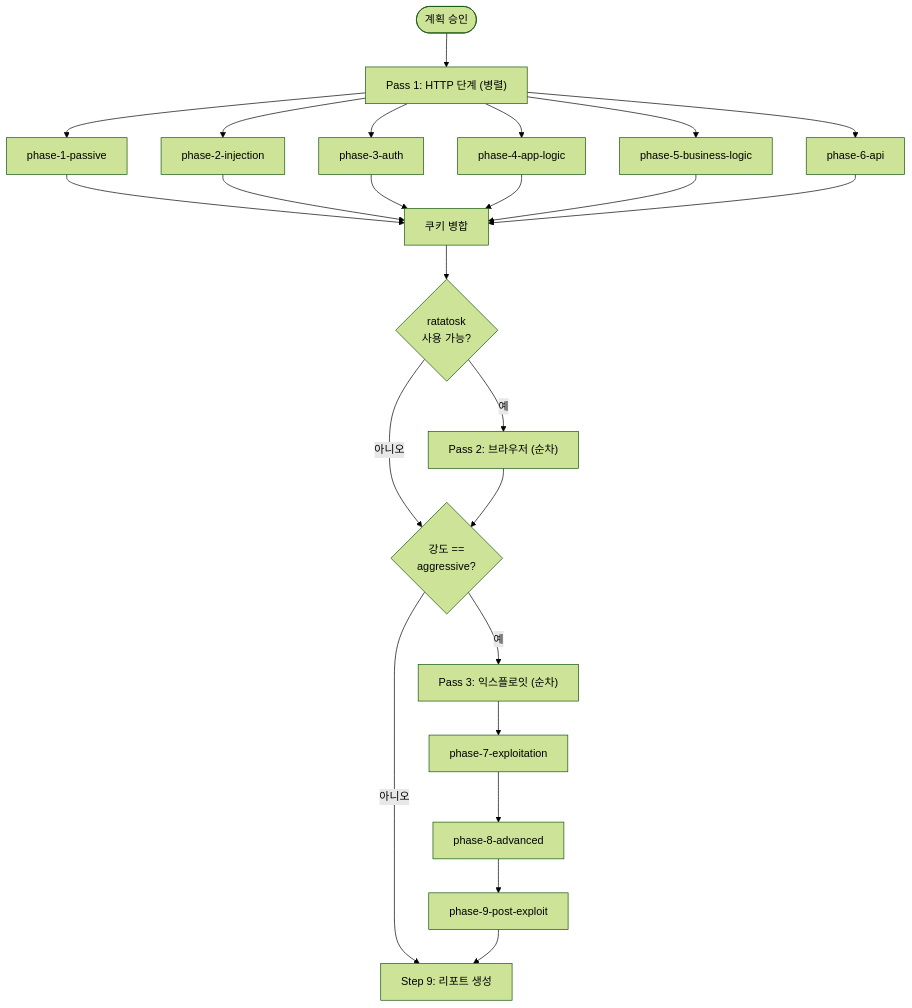
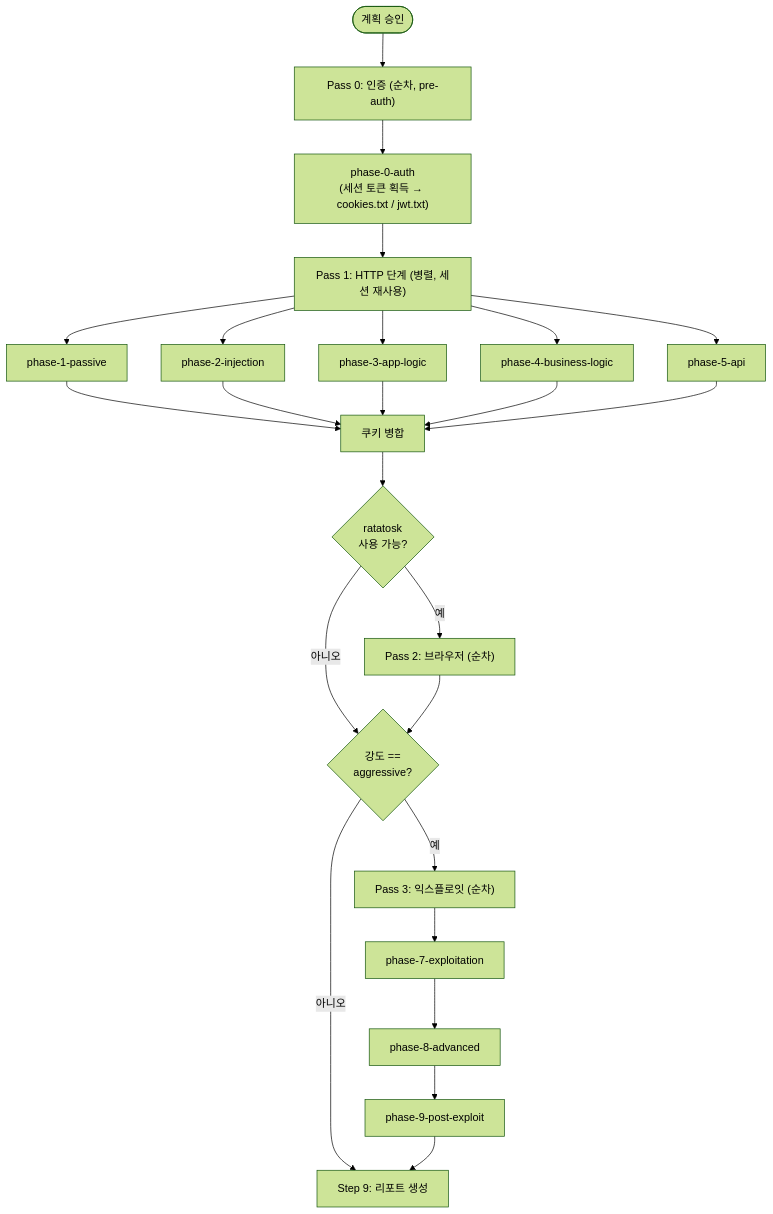
The tenth of 10 diagrams in design/hacksimulator.md (letsur-dev/vulcheck), drawn with Mermaid (forest theme) before and after one commit. The commit also changed other lines of this file and 9 other files, not shown here.

````diff
--- a/design/hacksimulator.md
+++ b/design/hacksimulator.md
@@ -581,31 +592,31 @@
 ```mermaid
 flowchart TD
-    Approved([계획 승인]) --> Pass1["Pass 1: HTTP 단계 (병렬)"]
+    Approved([계획 승인]) --> Pass0["Pass 0: 인증 (순차, pre-auth)"]
+    Pass0 --> P0auth["phase-0-auth<br>(세션 토큰 획득 → cookies.txt / jwt.txt)"]
+    P0auth --> Pass1["Pass 1: HTTP 단계 (병렬, 세션 재사용)"]
 
     Pass1 --> P1["phase-1-passive"]
     Pass1 --> P2["phase-2-injection"]
-    Pass1 --> P3["phase-3-auth"]
-    Pass1 --> P4["phase-4-app-logic"]
-    Pass1 --> P5["phase-5-business-logic"]
-    Pass1 --> P6["phase-6-api"]
+    Pass1 --> P3["phase-3-app-logic"]
+    Pass1 --> P4["phase-4-business-logic"]
+    Pass1 --> P5["phase-5-api"]
 
     P1 --> Merge["쿠키 병합"]
     P2 --> Merge
     P3 --> Merge
     P4 --> Merge
     P5 --> Merge
-    P6 --> Merge
 
     Merge --> HasRatatosk{"ratatosk<br>사용 가능?"}
     HasRatatosk -->|예| Pass2["Pass 2: 브라우저 (순차)"]
     HasRatatosk -->|아니오| CheckAggressive
 
     Pass2 --> CheckAggressive{"강도 ==<br>aggressive?"}
     CheckAggressive -->|예| Pass3["Pass 3: 익스플로잇 (순차)"]
     CheckAggressive -->|아니오| Report["Step 9: 리포트 생성"]
 
     Pass3 --> P7["phase-7-exploitation"]
     P7 --> P8["phase-8-advanced"]
     P8 --> P9["phase-9-post-exploit"]
     P9 --> Report
 ```
````
